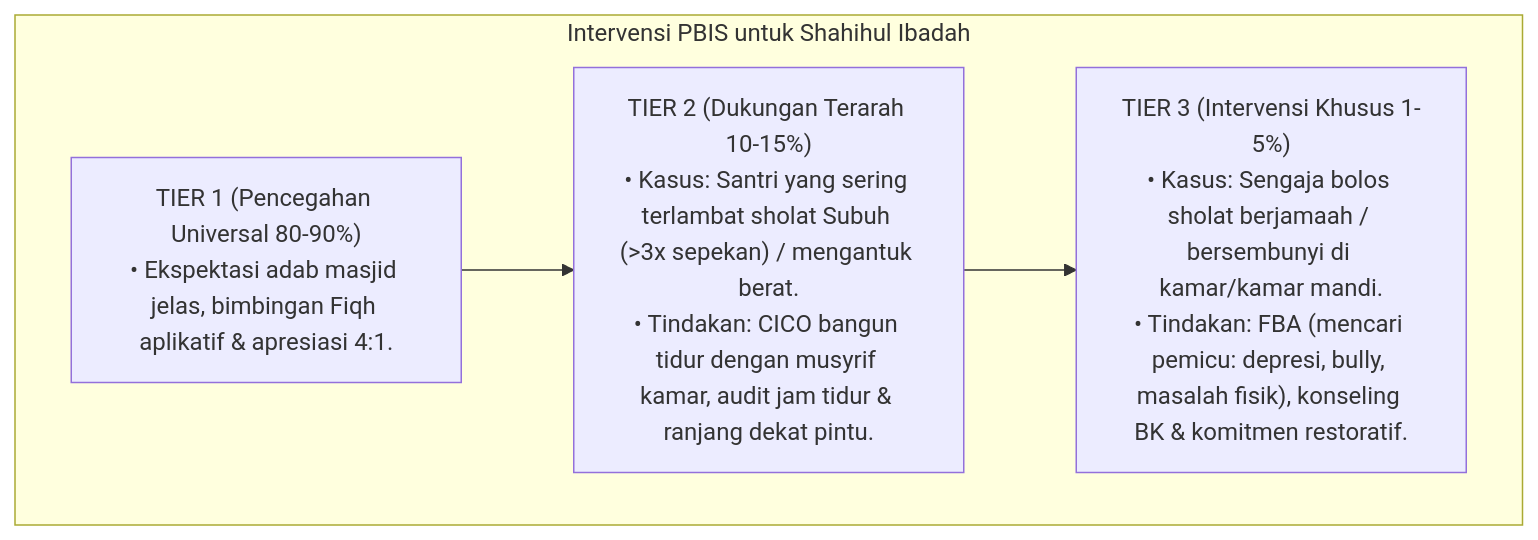
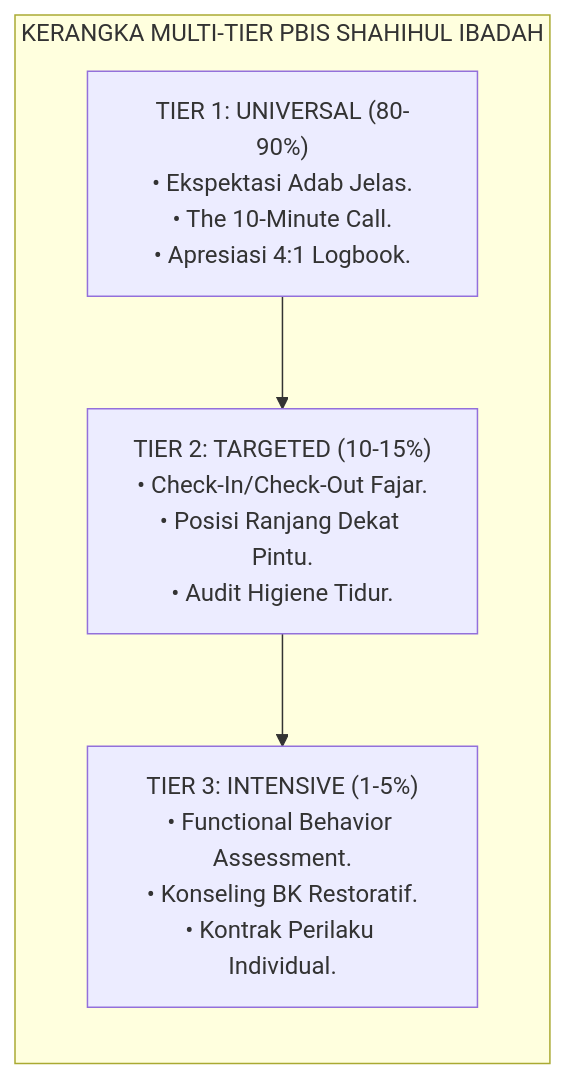
The fourth of 7 diagrams in 03 Capacity Framework/05 Shahihul Ibadah/P3-05-10-Protokol-Intervensi-dan-Pembiasaan.md (wandiapriliyandi/tumbuh), drawn with Mermaid before and after one commit. The commit also changed other lines of this file and 15 other files, not shown here.

Commit message:
docs(domain-05): complete comprehensive research monographs for 05 Shahihul Ibadah (14 sub-modules + master doc + README)

````diff
--- a/03 Capacity Framework/05 Shahihul Ibadah/P3-05-10-Protokol-Intervensi-dan-Pembiasaan.md
+++ b/03 Capacity Framework/05 Shahihul Ibadah/P3-05-10-Protokol-Intervensi-dan-Pembiasaan.md
@@ -21,12 +126,12 @@
 ```mermaid
-graph TD
-    subgraph Intervensi_Ibadah_PBIS["Intervensi PBIS untuk Shahihul Ibadah"]
-        Tier1["TIER 1 (Pencegahan Universal 80-90%)<br/>• Ekspektasi adab masjid jelas, bimbingan Fiqh aplikatif & apresiasi 4:1."]
+flowchart LR
+    subgraph ModelPBISIbadahTUMBUH["KERANGKA MULTI-TIER PBIS SHAHIHUL IBADAH"]
+        Tier1["TIER 1: UNIVERSAL (80-90%)<br/>• Ekspektasi Adab Jelas.<br/>• The 10-Minute Call.<br/>• Apresiasi 4:1 Logbook."]
         
-        Tier2["TIER 2 (Dukungan Terarah 10-15%)<br/>• Kasus: Santri yang sering terlambat sholat Subuh (>3x sepekan) / mengantuk berat.<br/>• Tindakan: CICO bangun tidur dengan musyrif kamar, audit jam tidur & ranjang dekat pintu."]
+        Tier2["TIER 2: TARGETED (10-15%)<br/>• Check-In/Check-Out Fajar.<br/>• Posisi Ranjang Dekat Pintu.<br/>• Audit Higiene Tidur."]
         
-        Tier3["TIER 3 (Intervensi Khusus 1-5%)<br/>• Kasus: Sengaja bolos sholat berjamaah / bersembunyi di kamar/kamar mandi.<br/>• Tindakan: FBA (mencari pemicu: depresi, bully, masalah fisik), konseling BK & komitmen restoratif."]
-
+        Tier3["TIER 3: INTENSIVE (1-5%)<br/>• Functional Behavior Assessment.<br/>• Konseling BK Restoratif.<br/>• Kontrak Perilaku Individual."]
+        
         Tier1 --> Tier2 --> Tier3
     end
 ```
````
